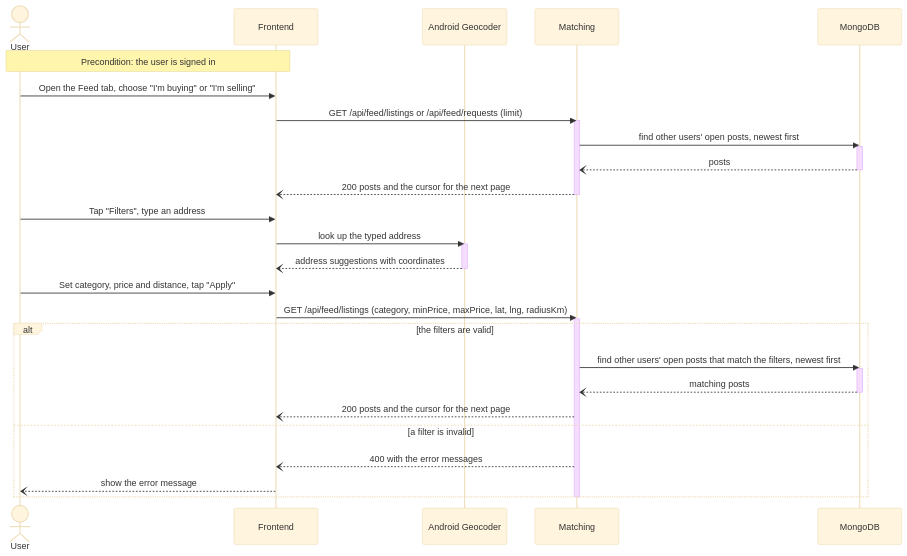
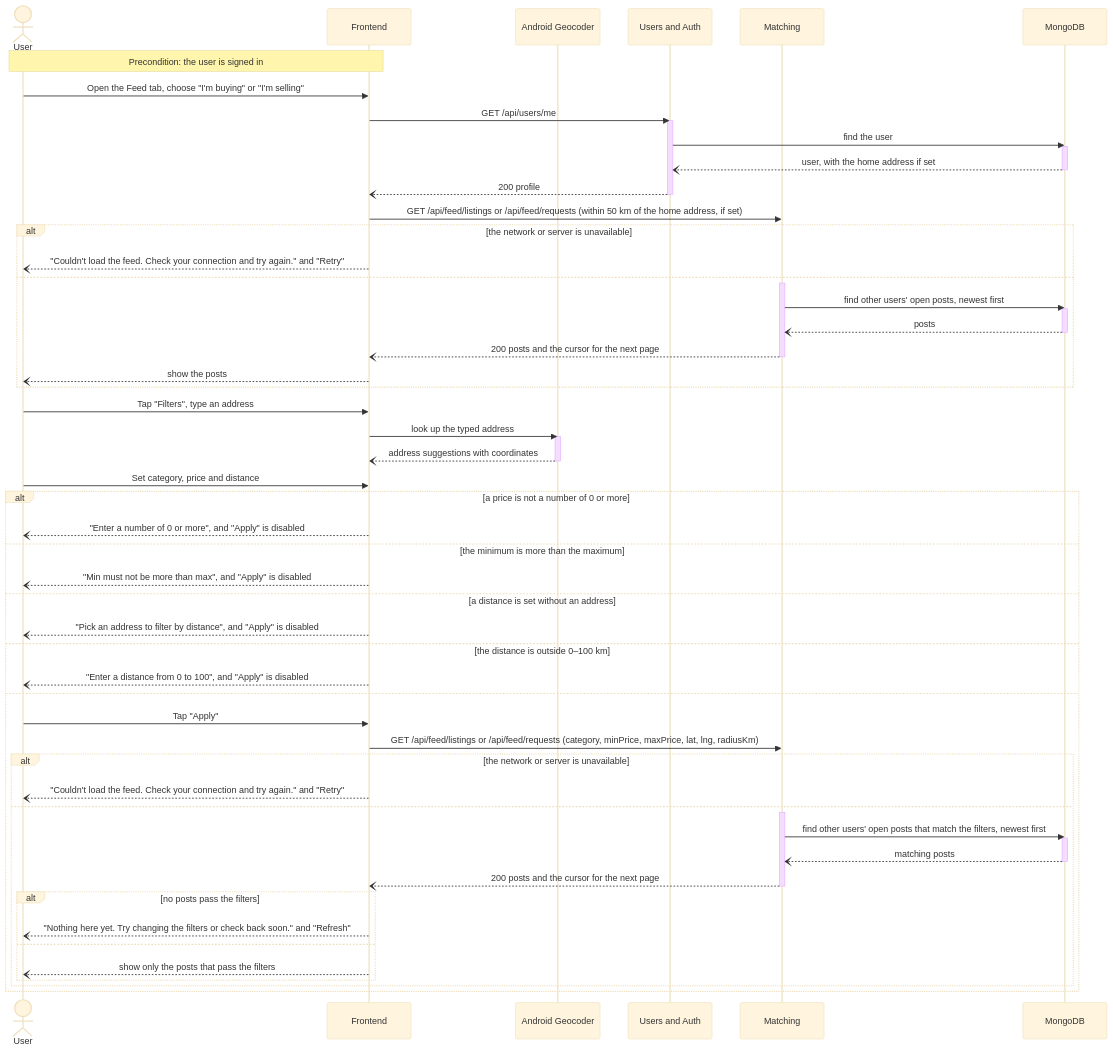
The sixth of 6 diagrams in documentation/Requirements_and_Design.md (m1lun/MatchMarket), drawn with Mermaid (base theme) before and after one commit. The commit also changed other lines of this file, not shown here.

Commit message:
docs: show every use case failure in the other four sequence diagrams

````diff
--- a/documentation/Requirements_and_Design.md
+++ b/documentation/Requirements_and_Design.md
@@ -699,37 +772,66 @@
 ```mermaid
 sequenceDiagram
     actor U as User
     participant FE as Frontend
     participant GEO as Android Geocoder
+    participant UA as Users and Auth
     participant M as Matching
     participant DB as MongoDB
     Note over U,FE: Precondition: the user is signed in
     U->>FE: Open the Feed tab, choose "I'm buying" or "I'm selling"
-    FE->>M: GET /api/feed/listings or /api/feed/requests (limit)
-    activate M
-    M->>DB: find other users' open posts, newest first
+    FE->>UA: GET /api/users/me
+    activate UA
+    UA->>DB: find the user
     activate DB
-    DB--)M: posts
+    DB--)UA: user, with the home address if set
     deactivate DB
-    M--)FE: 200 posts and the cursor for the next page
-    deactivate M
+    UA--)FE: 200 profile
+    deactivate UA
+    FE->>M: GET /api/feed/listings or /api/feed/requests (within 50 km of the home address, if set)
+    alt the network or server is unavailable
+        FE--)U: "Couldn't load the feed. Check your connection and try again." and "Retry"
+    else
+        activate M
+        M->>DB: find other users' open posts, newest first
+        activate DB
+        DB--)M: posts
+        deactivate DB
+        M--)FE: 200 posts and the cursor for the next page
+        deactivate M
+        FE--)U: show the posts
+    end
     U->>FE: Tap "Filters", type an address
     FE->>GEO: look up the typed address
     activate GEO
     GEO--)FE: address suggestions with coordinates
     deactivate GEO
-    U->>FE: Set category, price and distance, tap "Apply"
-    FE->>M: GET /api/feed/listings (category, minPrice, maxPrice, lat, lng, radiusKm)
-    activate M
-    alt the filters are valid
-        M->>DB: find other users' open posts that match the filters, newest first
-        activate DB
-        DB--)M: matching posts
-        deactivate DB
-        M--)FE: 200 posts and the cursor for the next page
-    else a filter is invalid
-        M--)FE: 400 with the error messages
-        FE--)U: show the error message
+    U->>FE: Set category, price and distance
+    alt a price is not a number of 0 or more
+        FE--)U: "Enter a number of 0 or more", and "Apply" is disabled
+    else the minimum is more than the maximum
+        FE--)U: "Min must not be more than max", and "Apply" is disabled
+    else a distance is set without an address
+        FE--)U: "Pick an address to filter by distance", and "Apply" is disabled
+    else the distance is outside 0–100 km
+        FE--)U: "Enter a distance from 0 to 100", and "Apply" is disabled
+    else
+        U->>FE: Tap "Apply"
+        FE->>M: GET /api/feed/listings or /api/feed/requests (category, minPrice, maxPrice, lat, lng, radiusKm)
+        alt the network or server is unavailable
+            FE--)U: "Couldn't load the feed. Check your connection and try again." and "Retry"
+        else
+            activate M
+            M->>DB: find other users' open posts that match the filters, newest first
+            activate DB
+            DB--)M: matching posts
+            deactivate DB
+            M--)FE: 200 posts and the cursor for the next page
+            deactivate M
+            alt no posts pass the filters
+                FE--)U: "Nothing here yet. Try changing the filters or check back soon." and "Refresh"
+            else
+                FE--)U: show only the posts that pass the filters
+            end
+        end
     end
-    deactivate M
 ```
````
